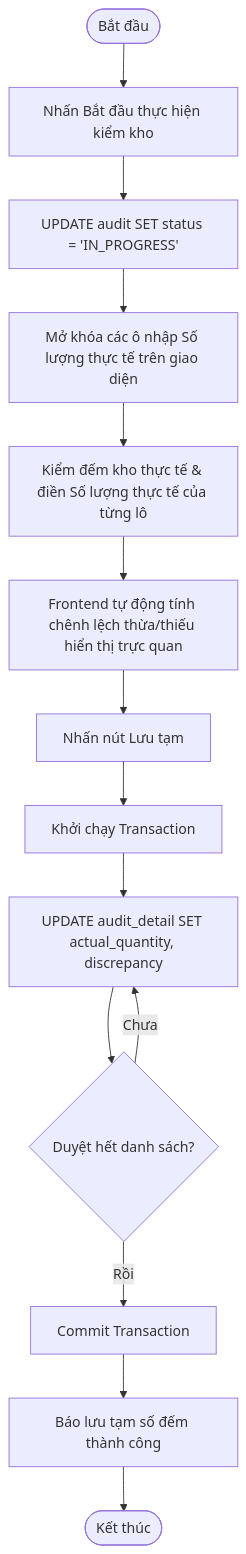
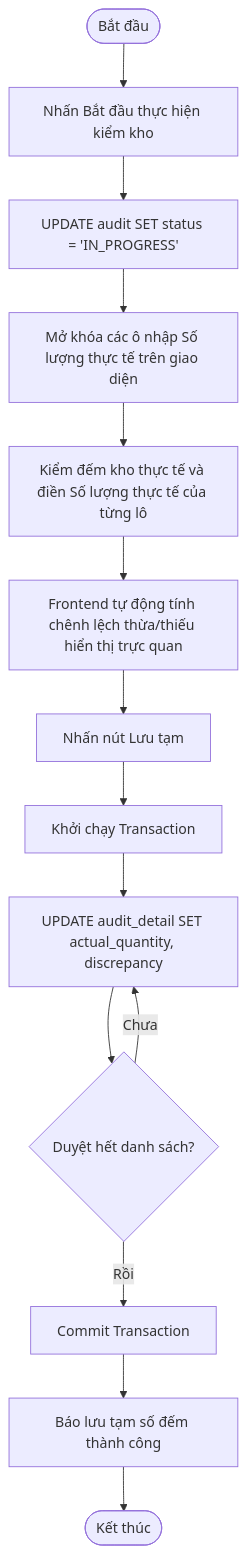
Before and after one commit to ngocuyenle15/PIS-CNPM: diagram 29 of 32 in a.md, drawn with Mermaid. The commit also changed other lines of this file, not shown here.

````diff
--- a/a.md
+++ b/a.md
@@ -421,15 +421,15 @@
 ```mermaid
 flowchart TD
     Start([Bắt đầu]) --> ClickStart[Nhấn Bắt đầu thực hiện kiểm kho]
     ClickStart --> UpdateStatus[UPDATE audit SET status = 'IN_PROGRESS']
     UpdateStatus --> RenderInputs[Mở khóa các ô nhập Số lượng thực tế trên giao diện]
-    RenderInputs --> InputCounts[Kiểm đếm kho thực tế & điền Số lượng thực tế của từng lô]
+    RenderInputs --> InputCounts[Kiểm đếm kho thực tế và điền Số lượng thực tế của từng lô]
     InputCounts --> AutoCalc[Frontend tự động tính chênh lệch thừa/thiếu hiển thị trực quan]
     AutoCalc --> ClickSave[Nhấn nút Lưu tạm]
     ClickSave --> StartTrans[Khởi chạy Transaction]
     StartTrans --> LoopUpdates[UPDATE audit_detail SET actual_quantity, discrepancy]
     LoopUpdates --> LoopNext{Duyệt hết danh sách?}
     LoopNext -- Chưa --> LoopUpdates
     LoopNext -- Rồi --> CommitTrans[Commit Transaction]
     CommitTrans --> ShowSuccess[Báo lưu tạm số đếm thành công] --> End([Kết thúc])
 ```
````
